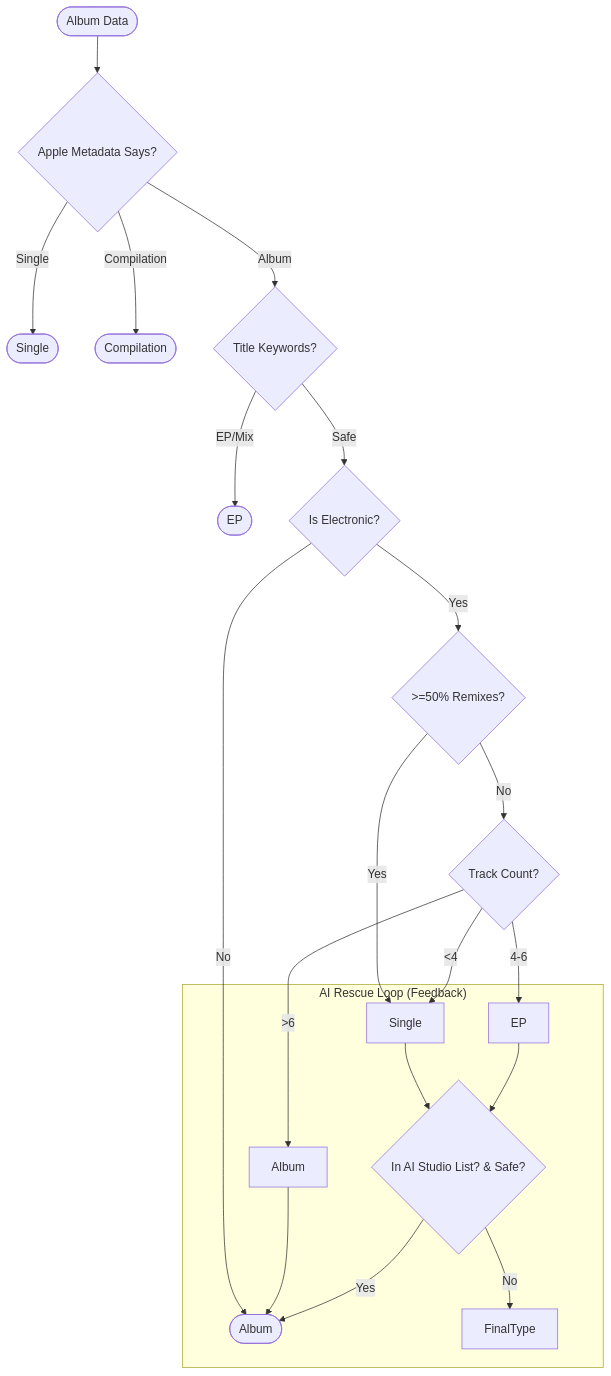
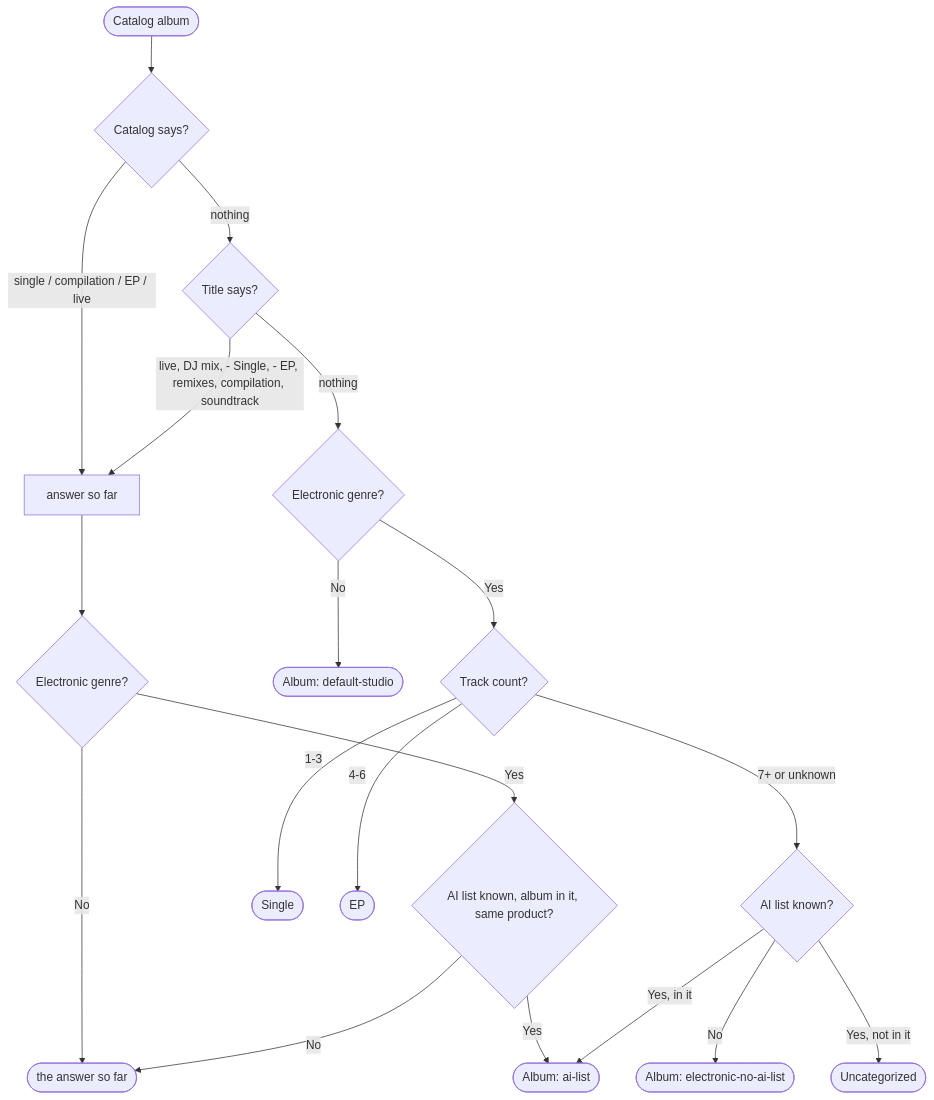
One commit to maujrp99/MJRP_AlbumsBalancedPlaylists_v0 changed the diagram in docs/manual/22_Album_Search_Engine.md. Above: the diagram before and after it, drawn with Mermaid. The commit also changed other lines of this file and 14 other files, not shown here.

````diff
--- a/docs/manual/22_Album_Search_Engine.md
+++ b/docs/manual/22_Album_Search_Engine.md
@@ -53,29 +29,21 @@
 ```mermaid
 flowchart TD
-    Start([Album Data]) --> Apple{Apple Metadata Says?}
-    Apple -- "Single" --> EndSingle([Single])
-    Apple -- "Compilation" --> EndComp([Compilation])
-    Apple -- "Album" --> Title{Title Keywords?}
-    
-    Title -- "EP/Mix" --> EndEP([EP])
-    Title -- Safe --> Genre{Is Electronic?}
-    
-    Genre -- No --> EndAlbum([Album])
-    Genre -- Yes --> Remix{>=50% Remixes?}
-    
-    Remix -- Yes --> SingleCalc
-    Remix -- No --> Count{Track Count?}
-    
-    Count -- <4 --> SingleCalc
-    Count -- 4-6 --> EPCalc
-    Count -- >6 --> AlbumCalc
-    
-    subgraph "AI Rescue Loop (Feedback)"
-        SingleCalc[Single] --> Rescue{In AI Studio List? & Safe?}
-        EPCalc[EP] --> Rescue
-        AlbumCalc[Album] --> EndAlbum
-        
-        Rescue -- Yes --> EndAlbum
-        Rescue -- No --> FinalType
-    end
+    Start([Catalog album]) --> Cat{Catalog says?}
+    Cat -- "single / compilation / EP / live" --> Pre[answer so far]
+    Cat -- nothing --> Title{Title says?}
+    Title -- "live, DJ mix, - Single, - EP, remixes, compilation, soundtrack" --> Pre
+    Title -- nothing --> Elec{Electronic genre?}
+    Pre --> Elec2{Electronic genre?}
+    Elec2 -- No --> End1([the answer so far])
+    Elec2 -- Yes --> List2{AI list known, album in it, same product?}
+    List2 -- Yes --> Studio([Album: ai-list])
+    List2 -- No --> End1
+    Elec -- No --> Default([Album: default-studio])
+    Elec -- Yes --> Count{Track count?}
+    Count -- "1-3" --> Single([Single])
+    Count -- "4-6" --> EP([EP])
+    Count -- "7+ or unknown" --> List{AI list known?}
+    List -- No --> NoList([Album: electronic-no-ai-list])
+    List -- "Yes, in it" --> Studio
+    List -- "Yes, not in it" --> Unknown([Uncategorized])
 ```
````
